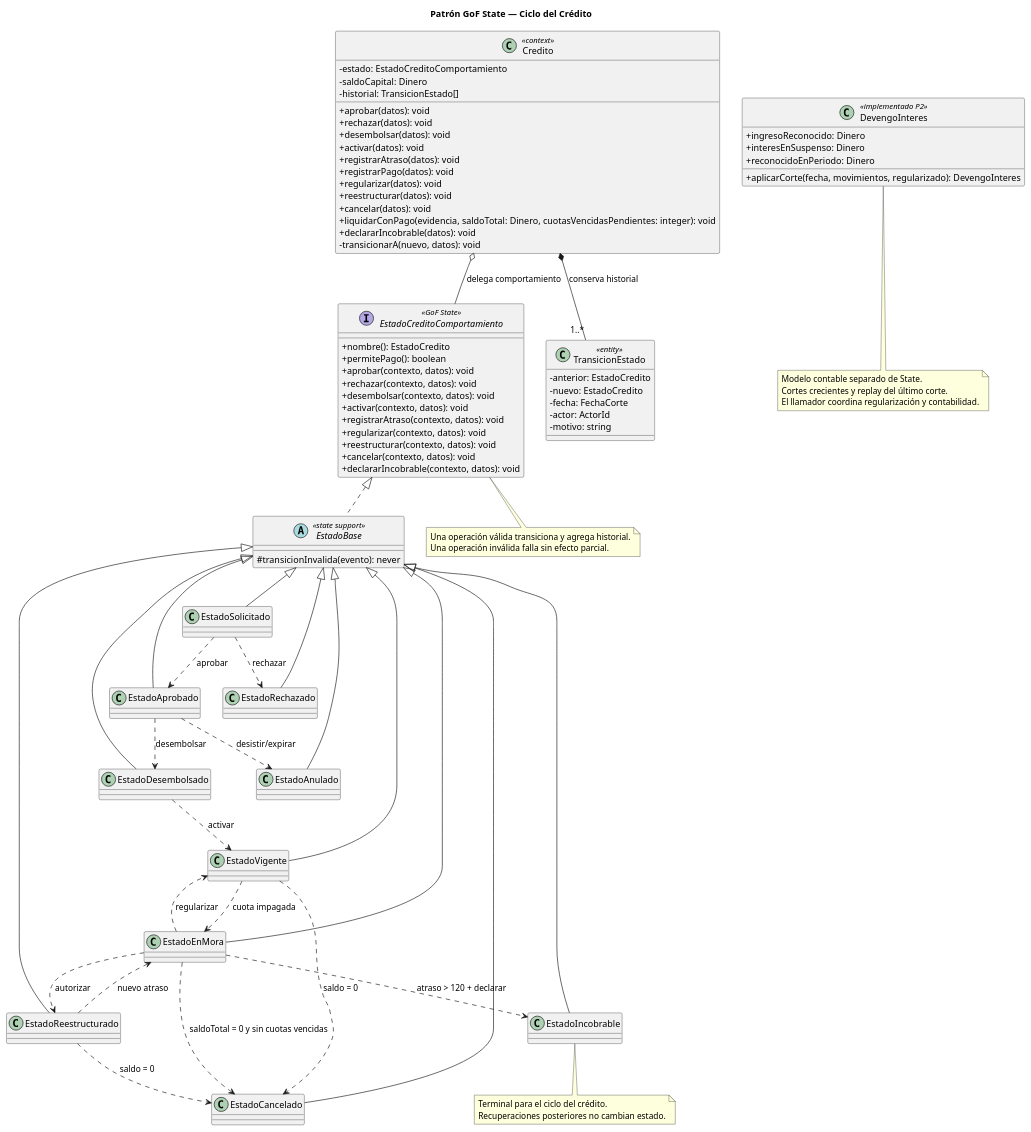
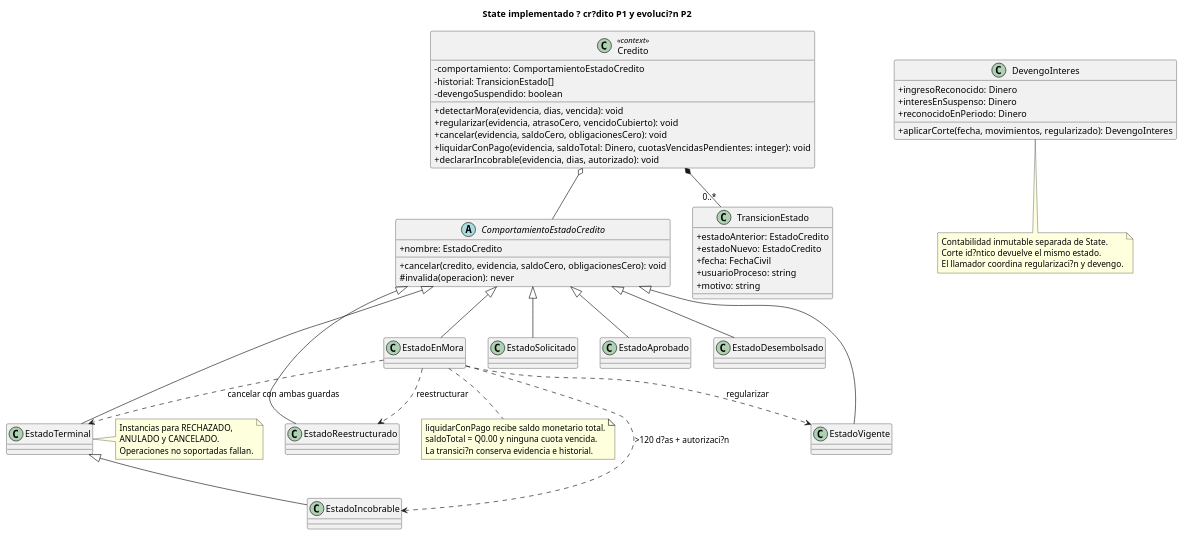
The diagram in docs/diagramas/patrones/02-state-credito.puml (ItsRomero/Proyecto1_Analisis), drawn with PlantUML before and after one commit. The commit also changed 15 other files, not shown here.

Commit message:
docs(p2): alinear contratos UML ADR y evidencia SOLID

```diff
--- a/docs/diagramas/patrones/02-state-credito.puml
+++ b/docs/diagramas/patrones/02-state-credito.puml
@@ -1,110 +1,70 @@
 @startuml 02-state-credito
-title Patrón GoF State — Ciclo del Crédito
+title State implementado ? cr?dito P1 y evoluci?n P2
 skinparam classAttributeIconSize 0
 skinparam shadowing false
-
 class Credito <<context>> {
-  -estado: EstadoCreditoComportamiento
-  -saldoCapital: Dinero
+  -comportamiento: ComportamientoEstadoCredito
   -historial: TransicionEstado[]
-  +aprobar(datos): void
-  +rechazar(datos): void
-  +desembolsar(datos): void
-  +activar(datos): void
-  +registrarAtraso(datos): void
-  +registrarPago(datos): void
-  +regularizar(datos): void
-  +reestructurar(datos): void
-  +cancelar(datos): void
+  -devengoSuspendido: boolean
+  +detectarMora(evidencia, dias, vencida): void
+  +regularizar(evidencia, atrasoCero, vencidoCubierto): void
+  +cancelar(evidencia, saldoCero, obligacionesCero): void
   +liquidarConPago(evidencia, saldoTotal: Dinero, cuotasVencidasPendientes: integer): void
-  +declararIncobrable(datos): void
-  -transicionarA(nuevo, datos): void
+  +declararIncobrable(evidencia, dias, autorizado): void
 }
-
-interface EstadoCreditoComportamiento <<GoF State>> {
-  +nombre(): EstadoCredito
-  +permitePago(): boolean
-  +aprobar(contexto, datos): void
-  +rechazar(contexto, datos): void
-  +desembolsar(contexto, datos): void
-  +activar(contexto, datos): void
-  +registrarAtraso(contexto, datos): void
-  +regularizar(contexto, datos): void
-  +reestructurar(contexto, datos): void
-  +cancelar(contexto, datos): void
-  +declararIncobrable(contexto, datos): void
+abstract class ComportamientoEstadoCredito {
+  +nombre: EstadoCredito
+  +cancelar(credito, evidencia, saldoCero, obligacionesCero): void
+  #invalida(operacion): never
 }
-
-abstract class EstadoBase <<state support>> {
-  #transicionInvalida(evento): never
-}
-
 class EstadoSolicitado
 class EstadoAprobado
-class EstadoRechazado
 class EstadoDesembolsado
 class EstadoVigente
 class EstadoEnMora
 class EstadoReestructurado
-class EstadoAnulado
-class EstadoCancelado
+class EstadoTerminal
 class EstadoIncobrable
-
-class TransicionEstado <<entity>> {
-  -anterior: EstadoCredito
-  -nuevo: EstadoCredito
-  -fecha: FechaCorte
-  -actor: ActorId
-  -motivo: string
+class TransicionEstado {
+  +estadoAnterior: EstadoCredito
+  +estadoNuevo: EstadoCredito
+  +fecha: FechaCivil
+  +usuarioProceso: string
+  +motivo: string
 }
-
-Credito o-- EstadoCreditoComportamiento : delega comportamiento
-Credito *-- "1..*" TransicionEstado : conserva historial
-EstadoCreditoComportamiento <|.. EstadoBase
-EstadoBase <|-- EstadoSolicitado
-EstadoBase <|-- EstadoAprobado
-EstadoBase <|-- EstadoRechazado
-EstadoBase <|-- EstadoDesembolsado
-EstadoBase <|-- EstadoVigente
-EstadoBase <|-- EstadoEnMora
-EstadoBase <|-- EstadoReestructurado
-EstadoBase <|-- EstadoAnulado
-EstadoBase <|-- EstadoCancelado
-EstadoBase <|-- EstadoIncobrable
-
-EstadoSolicitado ..> EstadoAprobado : aprobar
-EstadoSolicitado ..> EstadoRechazado : rechazar
-EstadoAprobado ..> EstadoDesembolsado : desembolsar
-EstadoAprobado ..> EstadoAnulado : desistir/expirar
-EstadoDesembolsado ..> EstadoVigente : activar
-EstadoVigente ..> EstadoEnMora : cuota impagada
-EstadoVigente ..> EstadoCancelado : saldo = 0
+Credito o-- ComportamientoEstadoCredito
+Credito *-- "0..*" TransicionEstado
+ComportamientoEstadoCredito <|-- EstadoSolicitado
+ComportamientoEstadoCredito <|-- EstadoAprobado
+ComportamientoEstadoCredito <|-- EstadoDesembolsado
+ComportamientoEstadoCredito <|-- EstadoVigente
+ComportamientoEstadoCredito <|-- EstadoEnMora
+ComportamientoEstadoCredito <|-- EstadoReestructurado
+ComportamientoEstadoCredito <|-- EstadoTerminal
+EstadoTerminal <|-- EstadoIncobrable
+EstadoEnMora ..> EstadoTerminal : cancelar con ambas guardas
 EstadoEnMora ..> EstadoVigente : regularizar
-EstadoEnMora ..> EstadoCancelado : saldoTotal = 0 y sin cuotas vencidas
-EstadoEnMora ..> EstadoReestructurado : autorizar
-EstadoEnMora ..> EstadoIncobrable : atraso > 120 + declarar
-EstadoReestructurado ..> EstadoEnMora : nuevo atraso
-EstadoReestructurado ..> EstadoCancelado : saldo = 0
-
-note bottom of EstadoCreditoComportamiento
-  Una operación válida transiciona y agrega historial.
-  Una operación inválida falla sin efecto parcial.
+EstadoEnMora ..> EstadoReestructurado : reestructurar
+EstadoEnMora ..> EstadoIncobrable : >120 d?as + autorizaci?n
+note right of EstadoTerminal
+  Instancias para RECHAZADO,
+  ANULADO y CANCELADO.
+  Operaciones no soportadas fallan.
 end note
-
-note bottom of EstadoIncobrable
-  Terminal para el ciclo del crédito.
-  Recuperaciones posteriores no cambian estado.
+note bottom of EstadoEnMora
+  liquidarConPago recibe saldo monetario total.
+  saldoTotal = Q0.00 y ninguna cuota vencida.
+  La transici?n conserva evidencia e historial.
 end note
-
-class DevengoInteres <<implementado P2>> {
+class DevengoInteres {
   +ingresoReconocido: Dinero
   +interesEnSuspenso: Dinero
   +reconocidoEnPeriodo: Dinero
   +aplicarCorte(fecha, movimientos, regularizado): DevengoInteres
 }
 note bottom of DevengoInteres
-  Modelo contable separado de State.
-  Cortes crecientes y replay del último corte.
-  El llamador coordina regularización y contabilidad.
+  Contabilidad inmutable separada de State.
+  Corte id?ntico devuelve el mismo estado.
+  El llamador coordina regularizaci?n y devengo.
 end note
 @enduml
```
